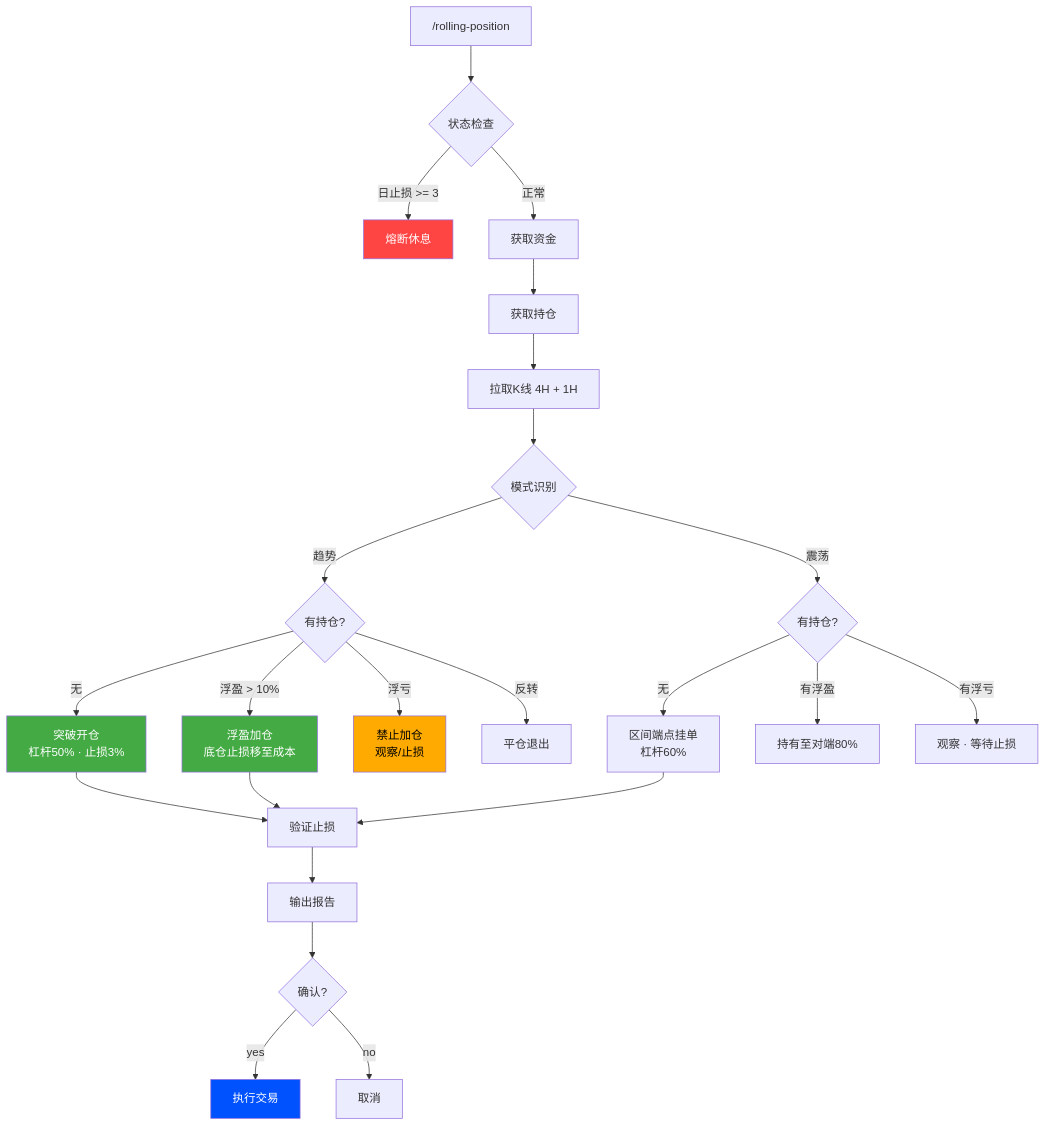
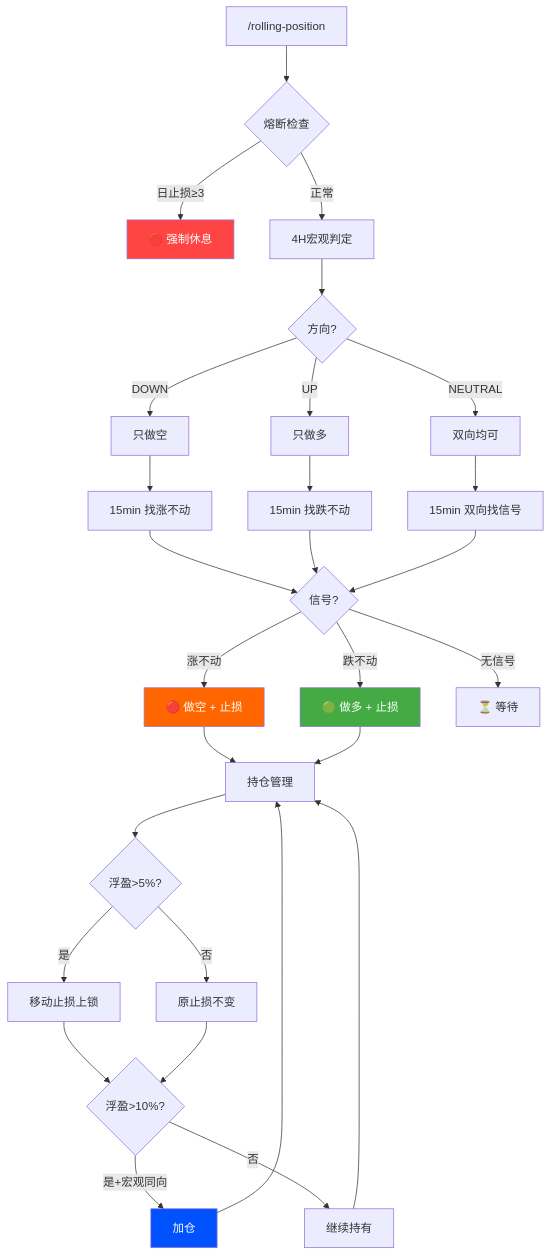
The diagram in README.md (kime2026/rolling-position-mgbx), drawn with Mermaid before and after one commit. The commit also changed other lines of this file and 1 other file, not shown here.

Commit message:
v4.0: 4H macro + 15min entry, 100% win rate backtest

````diff
--- a/README.md
+++ b/README.md
@@ -34,36 +34,44 @@
 ```mermaid
 flowchart TD
-    A["/rolling-position"] --> B{状态检查}
-    B -->|"日止损 >= 3"| Z["熔断休息"]
-    B -->|正常| C[获取资金]
-    C --> D[获取持仓]
-    D --> E["拉取K线 4H + 1H"]
-    E --> F{模式识别}
+    A["/rolling-position"] --> B{熔断检查}
+    B -->|"日止损≥3"| Z["🛑 强制休息"]
+    B -->|正常| C["4H宏观判定"]
+    C --> D{"方向?"}
 
-    F -->|趋势| G{有持仓?}
-    F -->|震荡| H{有持仓?}
+    D -->|DOWN| E["只做空"]
+    D -->|UP| F["只做多"]
+    D -->|NEUTRAL| G["双向均可"]
 
-    G -->|无| G1["突破开仓<br/>杠杆50% · 止损3%"]
-    G -->|"浮盈 > 10%"| G2["浮盈加仓<br/>底仓止损移至成本"]
-    G -->|浮亏| G3["禁止加仓<br/>观察/止损"]
-    G -->|反转| G4[平仓退出]
+    E --> H["15min 找涨不动"]
+    F --> I["15min 找跌不动"]
+    G --> J["15min 双向找信号"]
 
-    H -->|无| H1["区间端点挂单<br/>杠杆60%"]
-    H -->|有浮盈| H2["持有至对端80%"]
-    H -->|有浮亏| H3["观察 · 等待止损"]
+    H --> K{信号?}
+    I --> K
+    J --> K
 
-    G1 --> V[验证止损]
-    G2 --> V
-    H1 --> V
+    K -->|涨不动| L["🔴 做空 + 止损"]
+    K -->|跌不动| M["🟢 做多 + 止损"]
+    K -->|无信号| N["⏳ 等待"]
 
-    V --> R[输出报告]
-    R --> U{确认?}
-    U -->|yes| X[执行交易]
-    U -->|no| Y[取消]
+    L --> O["持仓管理"]
+    M --> O
+
+    O --> P{浮盈>5%?}
+    P -->|是| Q["移动止损上锁"]
+    P -->|否| R["原止损不变"]
+
+    Q --> S{浮盈>10%?}
+    R --> S
+
+    S -->|是+宏观同向| T["加仓"]
+    S -->|否| U["继续持有"]
+
+    T --> O
+    U --> O
 
     style Z fill:#ff4444,color:#fff
-    style G3 fill:#ffaa00,color:#000
-    style G1 fill:#44aa44,color:#fff
-    style G2 fill:#44aa44,color:#fff
-    style X fill:#0052FF,color:#fff
+    style L fill:#ff6600,color:#fff
+    style M fill:#44aa44,color:#fff
+    style T fill:#0052FF,color:#fff
 ```
````
